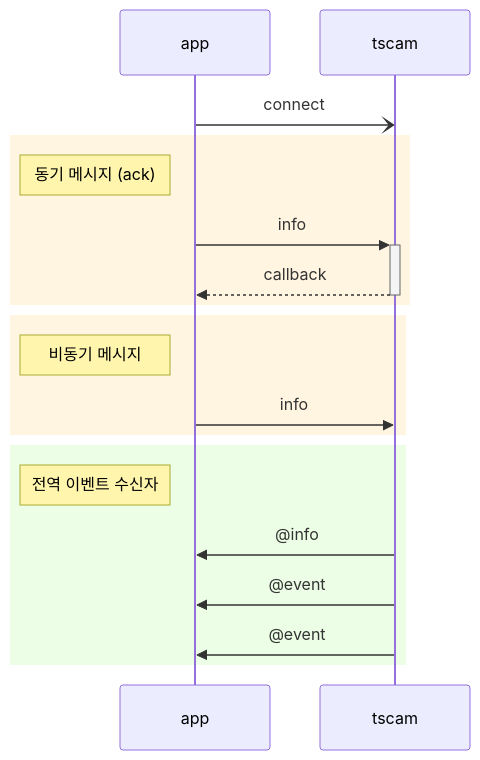
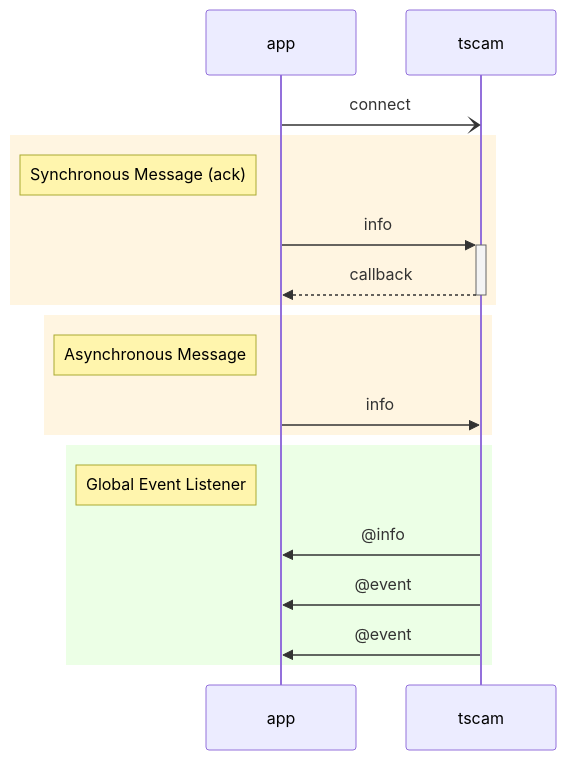
The diagram in DevGuide.md (bobhyun/TS-CAM), drawn with Mermaid before and after one commit. The commit also changed other lines of this file and 104 other files, not shown here.

````diff
--- a/DevGuide.md
+++ b/DevGuide.md
@@ -23,25 +25,25 @@
 ```mermaid
 sequenceDiagram
     participant app
     participant tscam
 
     app-)tscam: connect
     rect rgb(255, 245, 225)
-    note left of app: 동기 메시지 (ack)
+    note left of app: Synchronous Message (ack)
     app->>+tscam: info
     tscam-->>-app: callback
     end
 
 
     rect rgb(255, 245, 225)
-    note left of app: 비동기 메시지
+    note left of app: Asynchronous Message
     app->>tscam: info
     end
 
     rect rgb(236, 255, 230)
-    note left of app: 전역 이벤트 수신자
+    note left of app: Global Event Listener
     tscam->>app: @info
     tscam->>app: @event
     tscam->>app: @event
     end
 ```
````
